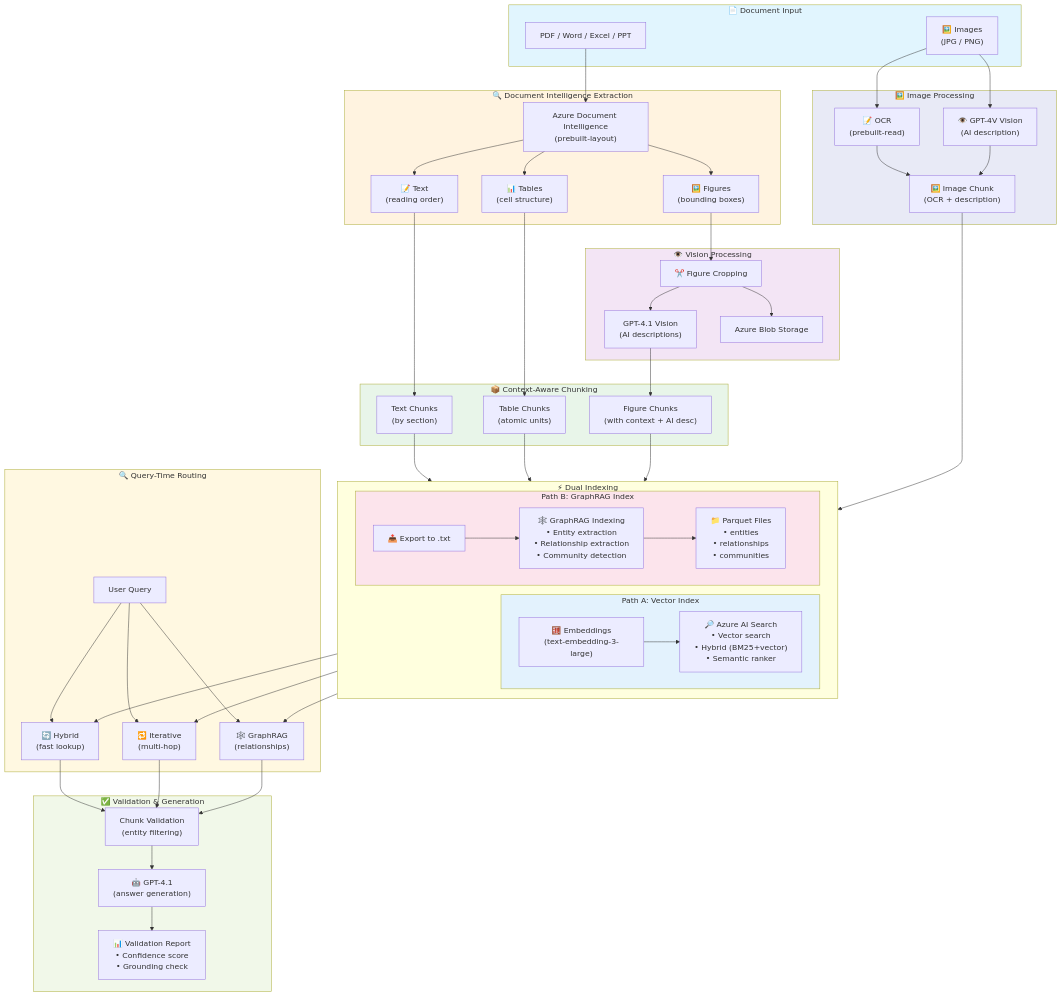
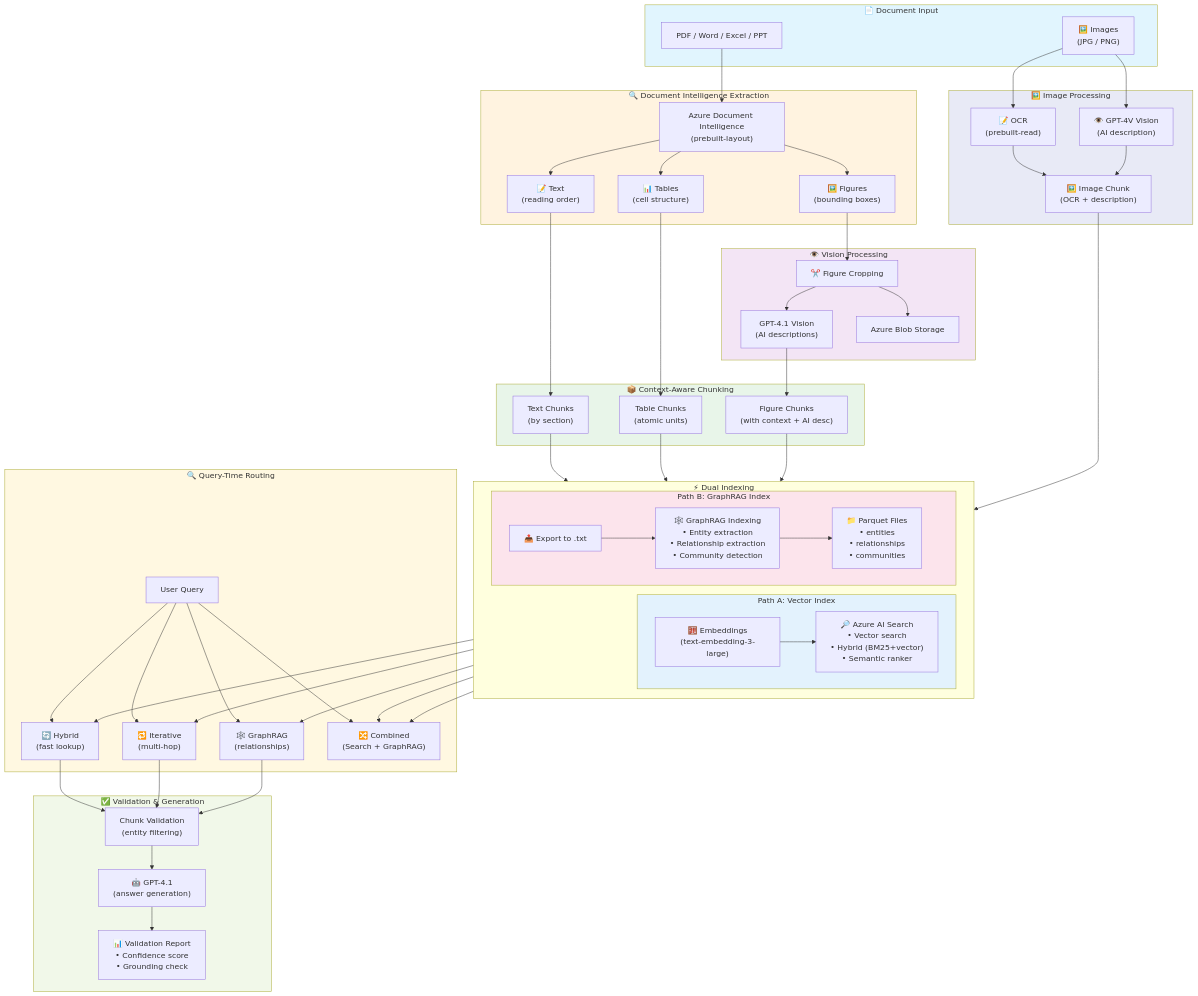
The diagram in modules/module-7-pipeline/README.md (roie9876/RAG-WorkShop), drawn with Mermaid before and after one commit. The commit also changed other lines of this file and 9 other files, not shown here.

```diff
--- a/modules/module-7-pipeline/README.md
+++ b/modules/module-7-pipeline/README.md
@@ -97,15 +97,19 @@
         HYBRID["🔄 Hybrid<br/>(fast lookup)"]
         ITER["🔁 Iterative<br/>(multi-hop)"]
         GRAPH["🕸️ GraphRAG<br/>(relationships)"]
+        COMBINED["🔀 Combined<br/>(Search + GraphRAG)"]
         
         USERQ --> HYBRID
         USERQ --> ITER
         USERQ --> GRAPH
+        USERQ --> COMBINED
     end
 
     SEARCH --> HYBRID
     SEARCH --> ITER
+    SEARCH --> COMBINED
     PARQUET --> GRAPH
+    PARQUET --> COMBINED
 
     subgraph OUTPUT["✅ Validation & Generation"]
         VALID["Chunk Validation<br/>(entity filtering)"]
```
